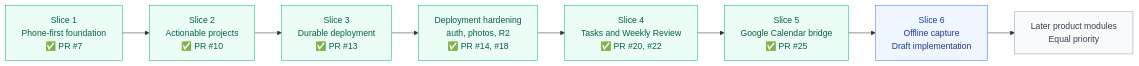
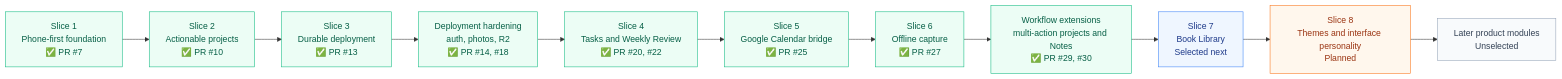
One commit to teravyte18/personal-control-center changed the diagram in docs/roadmap.md. Above: the diagram before and after it, drawn with Mermaid. The commit also changed other lines of this file, not shown here.

Commit message:
document Library and theme roadmap

````diff
--- a/docs/roadmap.md
+++ b/docs/roadmap.md
@@ -7,20 +7,25 @@
 ```mermaid
 graph LR
     S1["Slice 1<br/>Phone-first foundation<br/>✅ PR #7"]
     S2["Slice 2<br/>Actionable projects<br/>✅ PR #10"]
     S3["Slice 3<br/>Durable deployment<br/>✅ PR #13"]
     HARDEN["Deployment hardening<br/>auth, photos, R2<br/>✅ PR #14, #18"]
     S4["Slice 4<br/>Tasks and Weekly Review<br/>✅ PR #20, #22"]
     S5["Slice 5<br/>Google Calendar bridge<br/>✅ PR #25"]
-    S6["Slice 6<br/>Offline capture<br/>Draft implementation"]
-    POOL["Later product modules<br/>Equal priority"]
+    S6["Slice 6<br/>Offline capture<br/>✅ PR #27"]
+    EXT["Workflow extensions<br/>multi-action projects and Notes<br/>✅ PR #29, #30"]
+    S7["Slice 7<br/>Book Library<br/>Selected next"]
+    S8["Slice 8<br/>Themes and interface personality<br/>Planned"]
+    POOL["Later product modules<br/>Unselected"]
 
-    S1 --> S2 --> S3 --> HARDEN --> S4 --> S5 --> S6 --> POOL
+    S1 --> S2 --> S3 --> HARDEN --> S4 --> S5 --> S6 --> EXT --> S7 --> S8 --> POOL
 
     classDef done fill:#ecfdf5,stroke:#10b981,color:#065f46;
     classDef selected fill:#eff6ff,stroke:#3b82f6,color:#1e3a8a;
+    classDef planned fill:#fff7ed,stroke:#f97316,color:#9a3412;
     classDef pending fill:#f8fafc,stroke:#94a3b8,color:#334155;
-    class S1,S2,S3,HARDEN,S4,S5 done;
-    class S6 selected;
+    class S1,S2,S3,HARDEN,S4,S5,S6,EXT done;
+    class S7 selected;
+    class S8 planned;
     class POOL pending;
 ```
````
